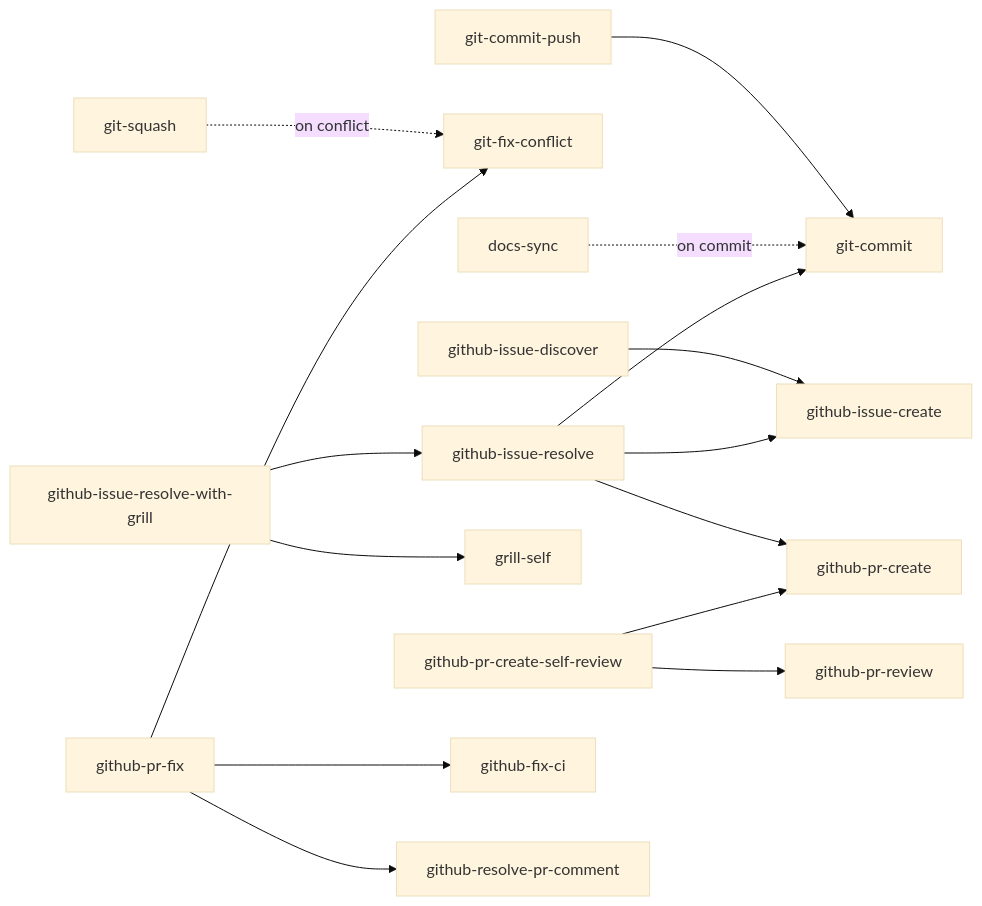
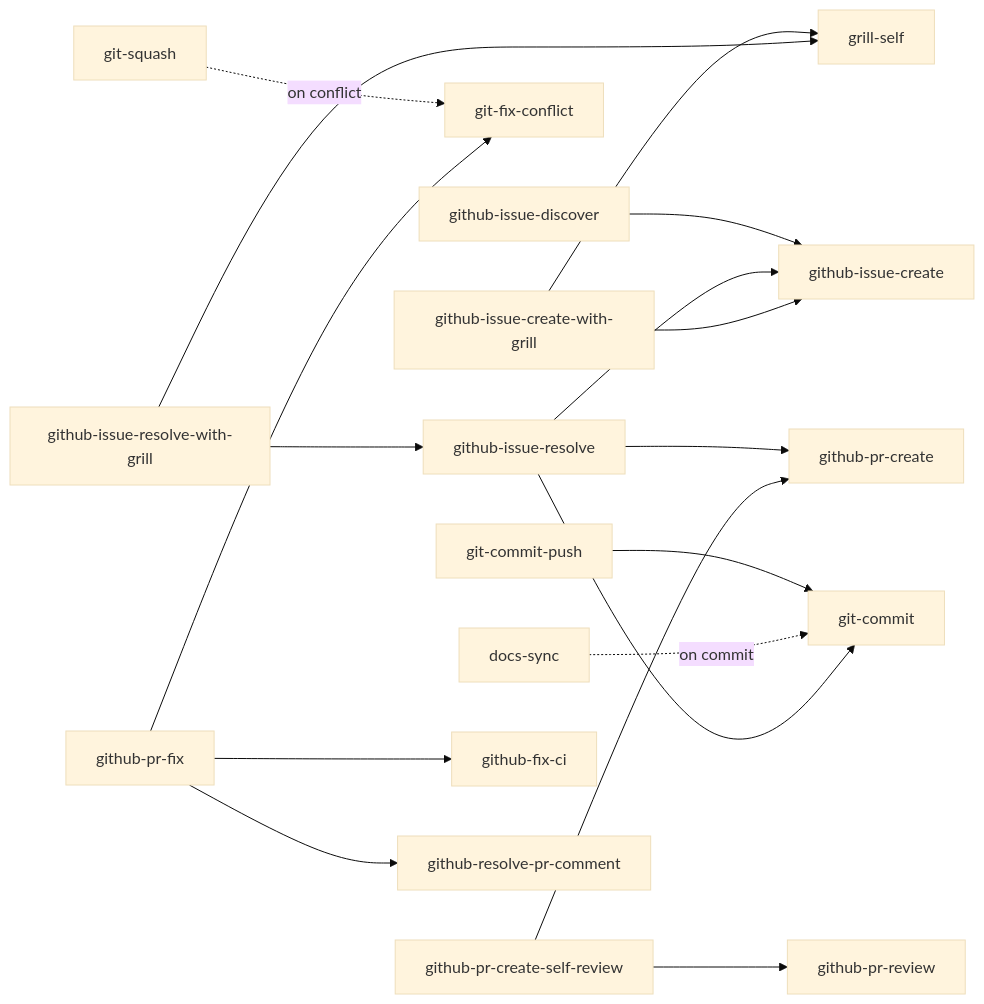
One commit to mjun0812/dotfiles changed the diagram in doc/skills.md. Above: the diagram before and after it, drawn with Mermaid (base theme). The commit also changed other lines of this file and 1 other file, not shown here.

Commit message:
feat(skills): add github-issue-create-with-grill orchestration skill
- Add a thin orchestration skill that first runs `grill-self` to resolve design branches, then delegates to `github-issue-create` with the decision log embedded into the issue body as Design Decisions and Open Questions sections.
- Register the new skill in doc/skills.md (GitHub Issue table, mermaid graph, and caller→callee table).

````diff
--- a/doc/skills.md
+++ b/doc/skills.md
@@ -83,21 +84,24 @@
 ```mermaid
 graph LR
     git-commit-push --> git-commit
     git-squash -. on conflict .-> git-fix-conflict
     docs-sync -. on commit .-> git-commit
 
     github-issue-discover --> github-issue-create
     github-issue-resolve --> github-issue-create
     github-issue-resolve --> github-pr-create
     github-issue-resolve --> git-commit
 
+    github-issue-create-with-grill --> grill-self
+    github-issue-create-with-grill --> github-issue-create
+
     github-issue-resolve-with-grill --> grill-self
     github-issue-resolve-with-grill --> github-issue-resolve
 
     github-pr-create-self-review --> github-pr-create
     github-pr-create-self-review --> github-pr-review
 
     github-pr-fix --> git-fix-conflict
     github-pr-fix --> github-fix-ci
     github-pr-fix --> github-resolve-pr-comment
 ```
````
